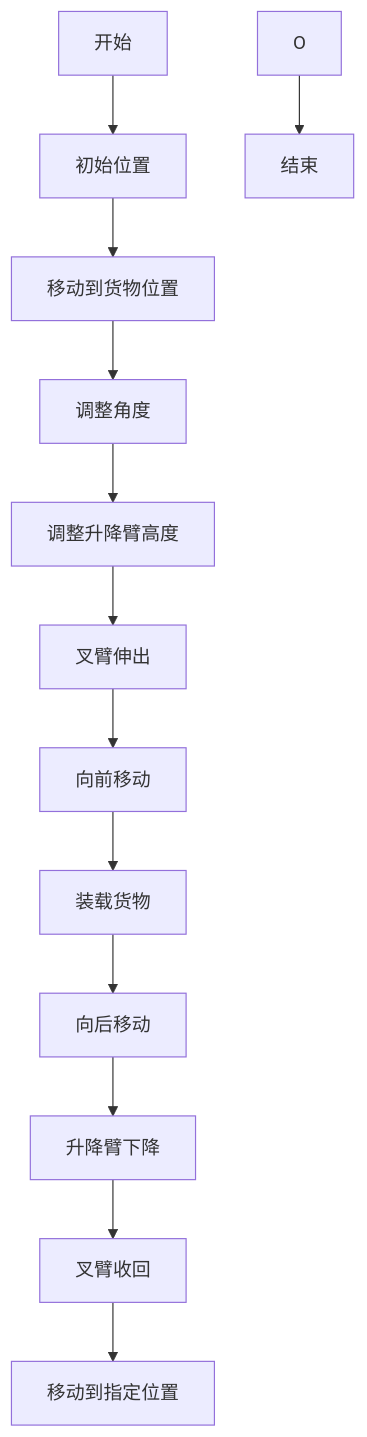
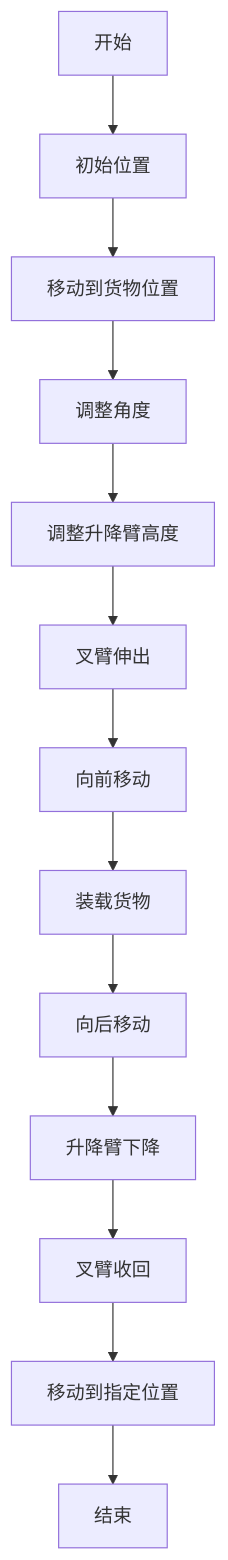
Before and after one commit to Mrmilu212/iodraw-files: the diagram in all/未命名-1.md, drawn with Mermaid.

Commit message:
2025-05-20 14:24:32 update

````diff
--- a/all/未命名-1.md
+++ b/all/未命名-1.md
@@ -1,16 +1,15 @@
 ```mermaid
 graph TD
     A[开始] --> B[初始位置]
     B --> C[移动到货物位置]
     C --> D[调整角度]
     D --> E[调整升降臂高度]
     E --> F[叉臂伸出]
     F --> G[向前移动]
     G --> H[装载货物]
     H --> I[向后移动]
     I --> J[升降臂下降]
     J --> K[叉臂收回]
     K --> L[移动到指定位置]
-
-    O --> P[结束]
+    L --> P[结束]
 ```
````
